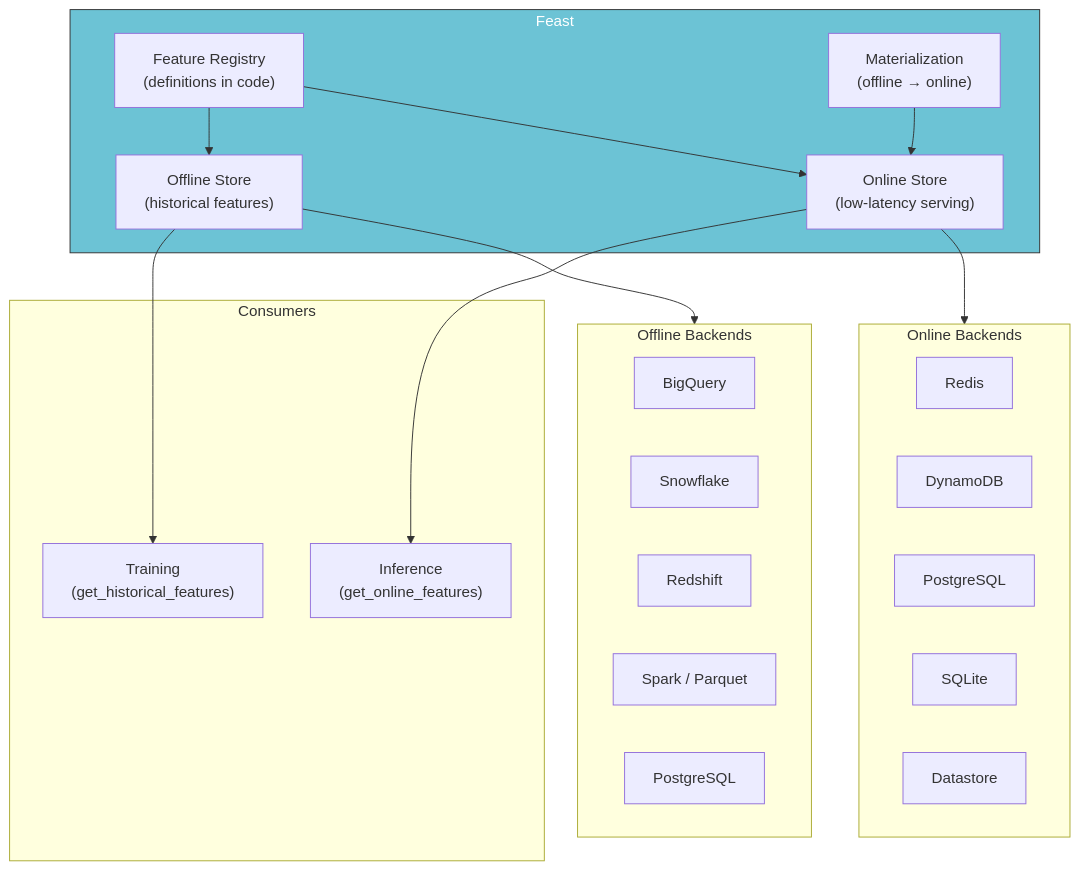
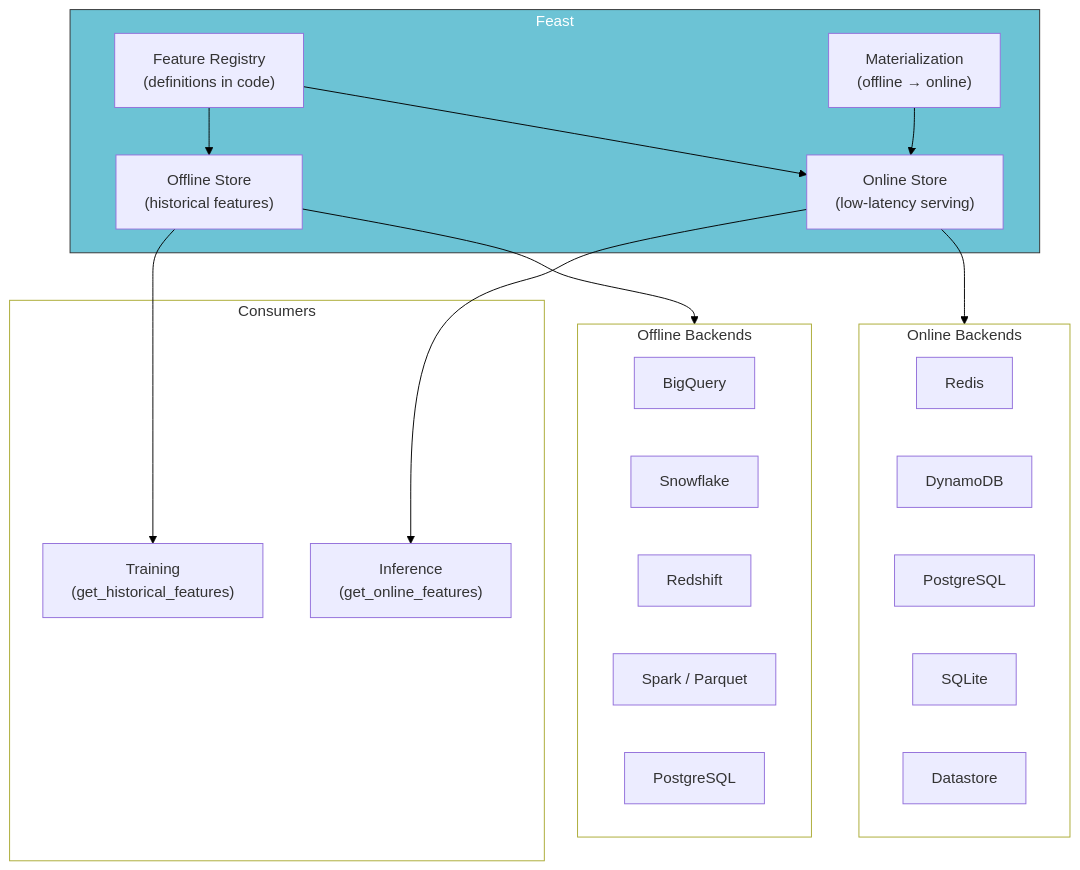
The fifth of 10 diagrams in posts/aiops-interview/MLOps-Interview-QA-5.qmd (tanquangduong/tanquangduong.github.io), drawn with Mermaid before and after one commit. The commit also changed other lines of this file and 204 other files, not shown here.

````diff
--- a/posts/aiops-interview/MLOps-Interview-QA-5.qmd
+++ b/posts/aiops-interview/MLOps-Interview-QA-5.qmd
@@ -617,40 +625,44 @@
 ```{mermaid}
 graph TD
+    linkStyle default stroke:#000,color:#000
     subgraph FeastCore["Feast"]
         REGISTRY_F["Feature Registry<br/>(definitions in code)"]
         OFFLINE_F["Offline Store<br/>(historical features)"]
         ONLINE_F["Online Store<br/>(low-latency serving)"]
         MATERIALIZE["Materialization<br/>(offline → online)"]
     end
 
     subgraph OfflineBackends["Offline Backends"]
         BQ["BigQuery"]
         SNOWFLAKE["Snowflake"]
         REDSHIFT["Redshift"]
         SPARK_OFF["Spark / Parquet"]
         PG_OFF["PostgreSQL"]
     end
 
     subgraph OnlineBackends["Online Backends"]
         REDIS["Redis"]
         DYNAMO["DynamoDB"]
         PG_ON["PostgreSQL"]
         SQLITE["SQLite"]
         DATASTORE["Datastore"]
     end
 
     subgraph Consumers_F["Consumers"]
         TRAIN_F["Training<br/>(get_historical_features)"]
         SERVE_F["Inference<br/>(get_online_features)"]
     end
 
     REGISTRY_F --> OFFLINE_F
     REGISTRY_F --> ONLINE_F
     MATERIALIZE --> ONLINE_F
     OFFLINE_F --> OfflineBackends
     ONLINE_F --> OnlineBackends
     OFFLINE_F --> TRAIN_F
     ONLINE_F --> SERVE_F
 
     style FeastCore fill:#6cc3d5,stroke:#333,color:#fff
+    style OfflineBackends fill:#fff
+    style OnlineBackends fill:#fff
+    style Consumers_F fill:#fff
 ```
````
